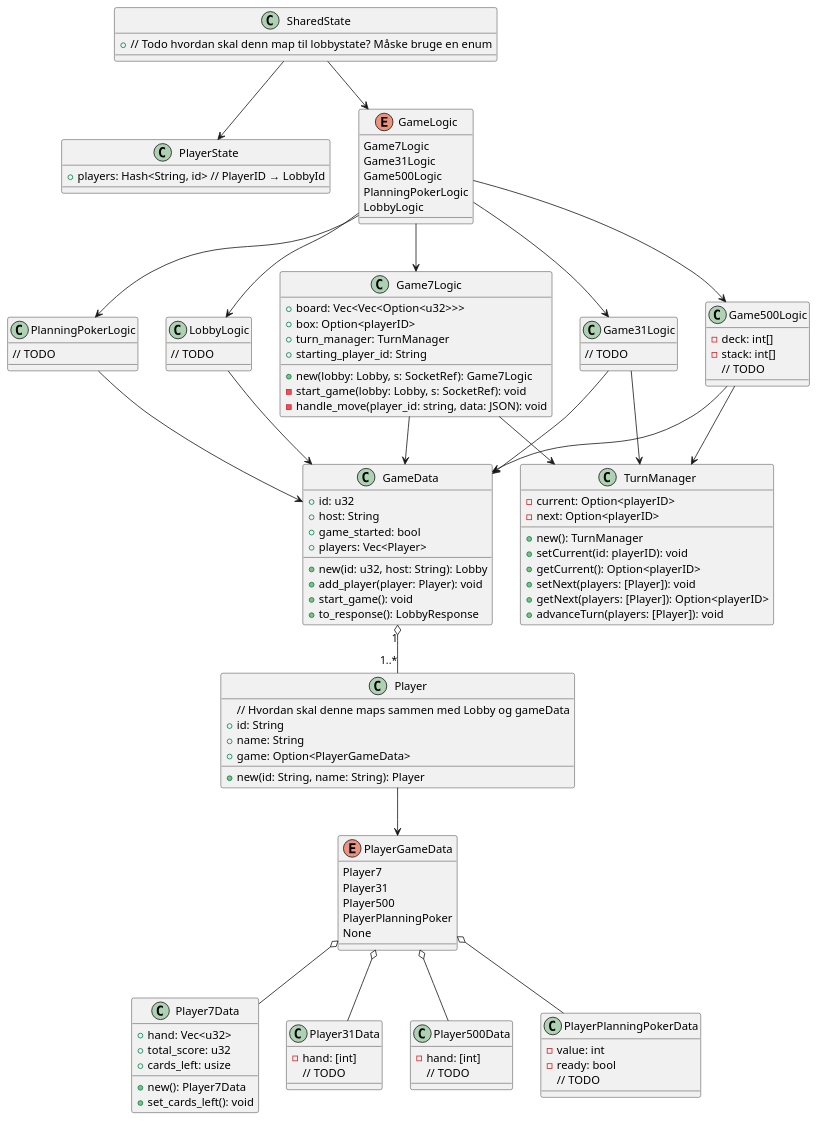
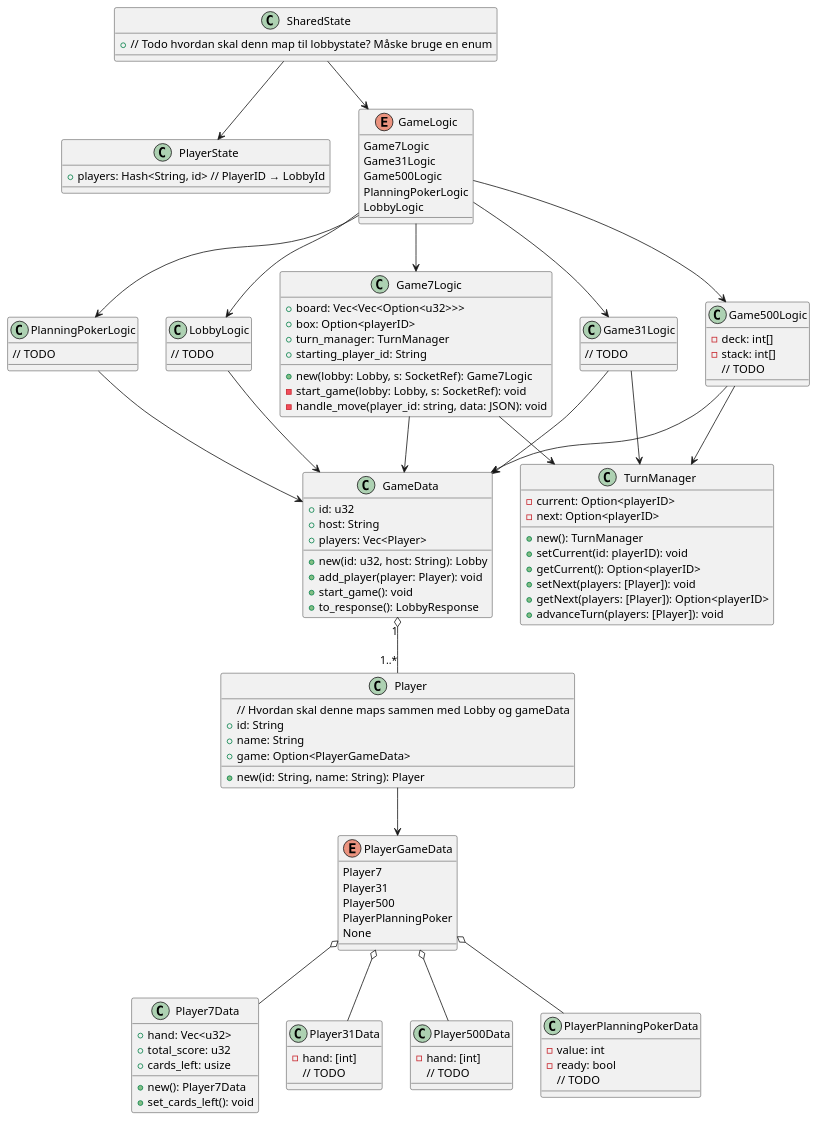
The diagram in #Doc/uml/socketClassRust.puml (ChristianSteen-SW23/Card-Games), drawn with PlantUML before and after one commit. The commit also changed 18 other files, not shown here.

```diff
--- a/#Doc/uml/socketClassRust.puml
+++ b/#Doc/uml/socketClassRust.puml
@@ -1,142 +1,141 @@
 @startuml socketClassRust
 
 
 class SharedState{
     + // Todo hvordan skal denn map til lobbystate? Måske bruge en enum
 }
 
 class PlayerState{
     + players: Hash<String, id> // PlayerID → LobbyId
 }
 
 class GameData {
     + id: u32
     + host: String
-    + game_started: bool
     + players: Vec<Player>
     + new(id: u32, host: String): Lobby
     + add_player(player: Player): void
     + start_game(): void
     + to_response(): LobbyResponse
 }
 
 class Player {
     // Hvordan skal denne maps sammen med Lobby og gameData
     + id: String
     + name: String
     + game: Option<PlayerGameData>
     + new(id: String, name: String): Player
 }
 
 
 enum GameLogic {
     Game7Logic
     Game31Logic
     Game500Logic
     PlanningPokerLogic
     LobbyLogic
 }
 
 class Game7Logic {
     + board: Vec<Vec<Option<u32>>>
     + box: Option<playerID>
     + turn_manager: TurnManager
     + starting_player_id: String
     + new(lobby: Lobby, s: SocketRef): Game7Logic
     - start_game(lobby: Lobby, s: SocketRef): void
     - handle_move(player_id: string, data: JSON): void
 }
 
 class Game31Logic {
     // TODO
 }
 
 class LobbyLogic {
     // TODO
 }
 
 class Game500Logic {
     - deck: int[]
     - stack: int[]
     // TODO
 }
 
 class PlanningPokerLogic {
     // TODO
 }
 
 
 class TurnManager {
     - current: Option<playerID>
     - next: Option<playerID>
     + new(): TurnManager
     + setCurrent(id: playerID): void
     + getCurrent(): Option<playerID>
     + setNext(players: [Player]): void
     + getNext(players: [Player]): Option<playerID>
     + advanceTurn(players: [Player]): void
 }
 
 
 enum PlayerGameData {
     Player7
     Player31
     Player500
     PlayerPlanningPoker
     None
 }
 
 class Player7Data {
     + hand: Vec<u32>
     + total_score: u32
     + cards_left: usize
     + new(): Player7Data
     + set_cards_left(): void
 }
 
 class Player31Data {
     - hand: [int]
     // TODO
 }
 
 class Player500Data {
     - hand: [int]
     // TODO
 }
 
 class PlayerPlanningPokerData {
     - value: int
     - ready: bool
     // TODO
 }
 
 
 SharedState --> PlayerState
 
 Game7Logic --> GameData
 Game500Logic --> GameData
 Game31Logic --> GameData
 PlanningPokerLogic --> GameData
 LobbyLogic --> GameData
 
 GameLogic --> Game7Logic
 GameLogic --> Game31Logic
 GameLogic --> Game500Logic
 GameLogic --> PlanningPokerLogic
 GameLogic --> LobbyLogic
 
 SharedState --> GameLogic
 
 Game7Logic --> TurnManager
 Game31Logic --> TurnManager
 Game500Logic --> TurnManager
 
 Player --> PlayerGameData
 PlayerGameData o-- Player7Data
 PlayerGameData o-- Player31Data
 PlayerGameData o-- Player500Data
 PlayerGameData o-- PlayerPlanningPokerData
 
 GameData "1" o-- "1..*" Player
 
 @enduml
```
